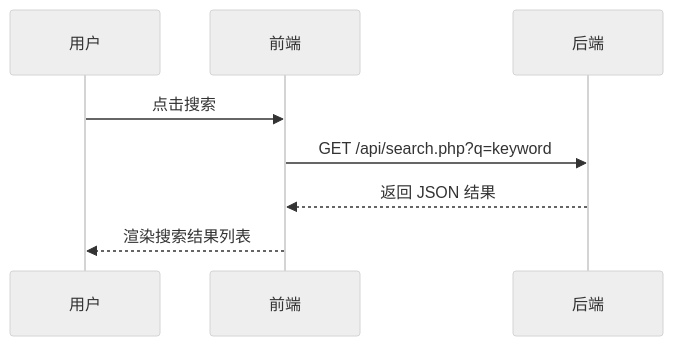
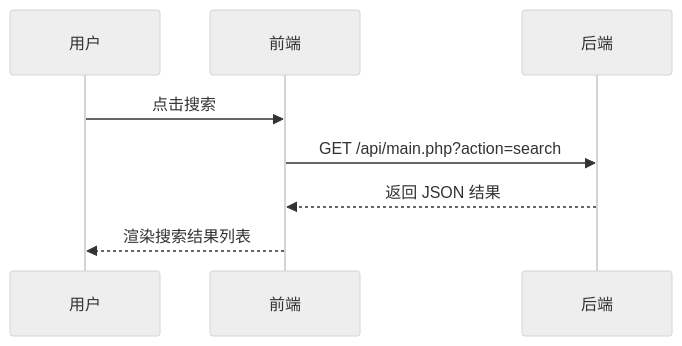
Before and after one commit to BuTingBa/FastMD: the second of 5 diagrams in docs/渲染示例[render][4].md, drawn with Mermaid (neutral theme). The commit also changed 7 other files, not shown here.

````diff
--- a/docs/渲染示例[render][4].md
+++ b/docs/渲染示例[render][4].md
@@ -167,10 +167,10 @@
 ```mermaid
 sequenceDiagram
     participant U as 用户
     participant F as 前端
     participant B as 后端
     U->>F: 点击搜索
-    F->>B: GET /api/search.php?q=keyword
+    F->>B: GET /api/main.php?action=search
     B-->>F: 返回 JSON 结果
     F-->>U: 渲染搜索结果列表
 ```
````
